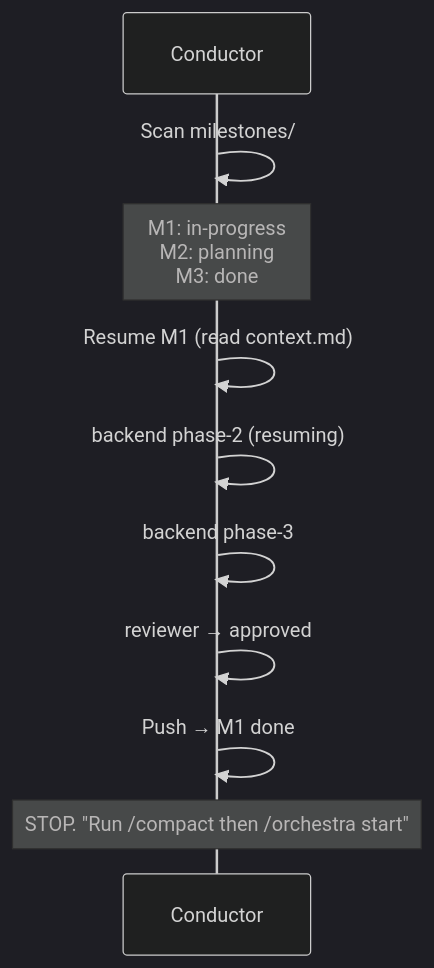
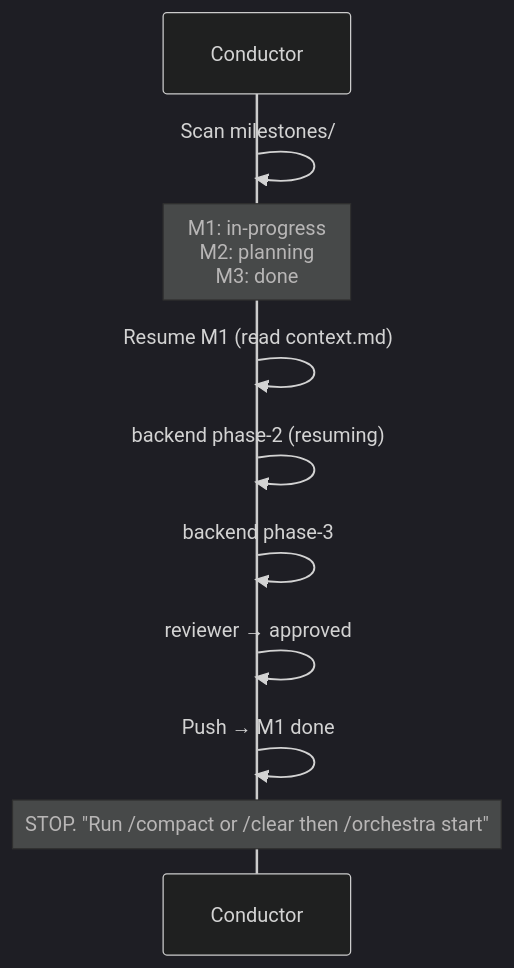
Before and after one commit to sulhadin/orchestrator: the second of 3 diagrams in .orchestra/README.md, drawn with Mermaid (dark theme). The commit also changed 8 other files, not shown here.

````diff
--- a/.orchestra/README.md
+++ b/.orchestra/README.md
@@ -376,15 +376,15 @@
 ```mermaid
 sequenceDiagram
     participant C as Conductor
 
     C->>C: Scan milestones/
     Note over C: M1: in-progress<br/>M2: planning<br/>M3: done
 
     C->>C: Resume M1 (read context.md)
     C->>C: backend phase-2 (resuming)
     C->>C: backend phase-3
     C->>C: reviewer → approved
     C->>C: Push → M1 done
 
-    Note over C: STOP. "Run /compact then /orchestra start"
+    Note over C: STOP. "Run /compact or /clear then /orchestra start"
 ```
````
